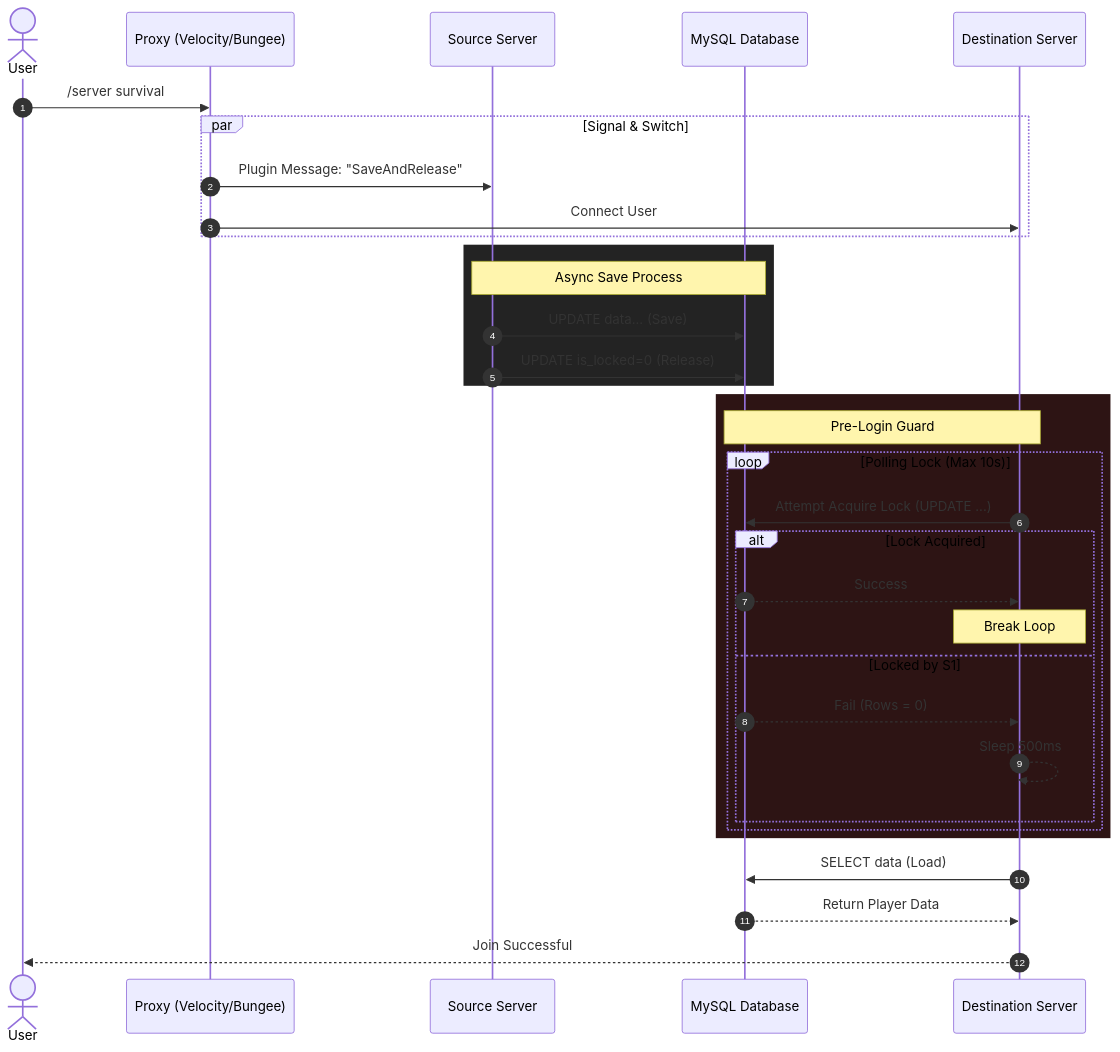
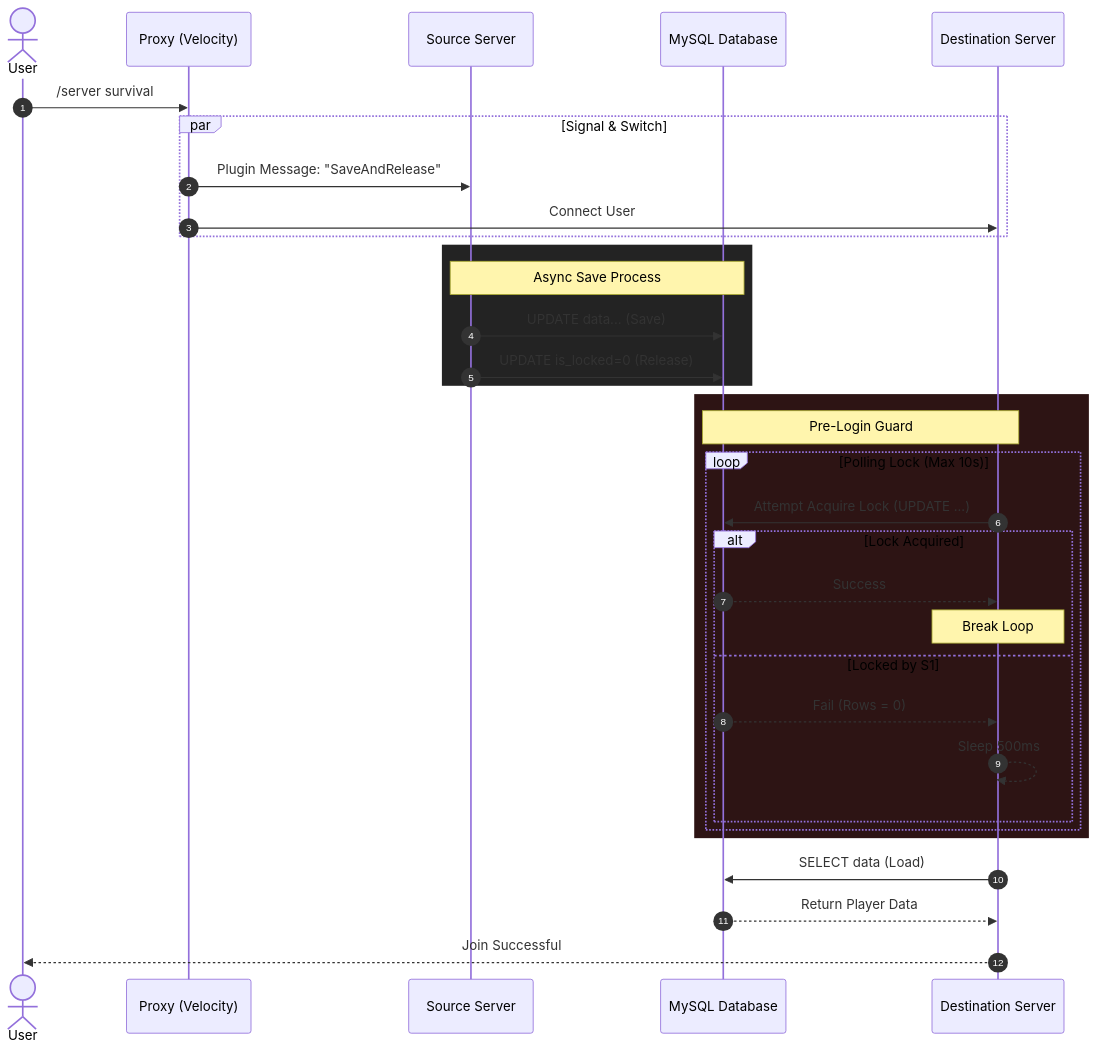
Before and after one commit to HMLabs-Gaming/HMTSync: the first of 3 diagrams in README.md, drawn with Mermaid. The commit also changed other lines of this file and 9 other files, not shown here.

````diff
--- a/README.md
+++ b/README.md
@@ -66,39 +91,39 @@
 ```mermaid
 sequenceDiagram
     autonumber
     actor User
-    participant P as Proxy (Velocity/Bungee)
+    participant P as Proxy (Velocity)
     participant S1 as Source Server
     participant DB as MySQL Database
     participant S2 as Destination Server
 
     User->>P: /server survival
     par Signal & Switch
         P->>S1: Plugin Message: "SaveAndRelease"
         P->>S2: Connect User
     end
 
     rect rgb(35, 35, 35)
         Note over S1, DB: Async Save Process
         S1->>DB: UPDATE data... (Save)
         S1->>DB: UPDATE is_locked=0 (Release)
     end
 
     rect rgb(45, 20, 20)
         Note over S2, DB: Pre-Login Guard
         loop Polling Lock (Max 10s)
             S2->>DB: Attempt Acquire Lock (UPDATE ...)
             alt Lock Acquired
                 DB-->>S2: Success
                 Note over S2: Break Loop
             else Locked by S1
                 DB-->>S2: Fail (Rows = 0)
                 S2-->>S2: Sleep 500ms
             end
         end
     end
 
     S2->>DB: SELECT data (Load)
     DB-->>S2: Return Player Data
     S2-->>User: Join Successful
 ```
````
